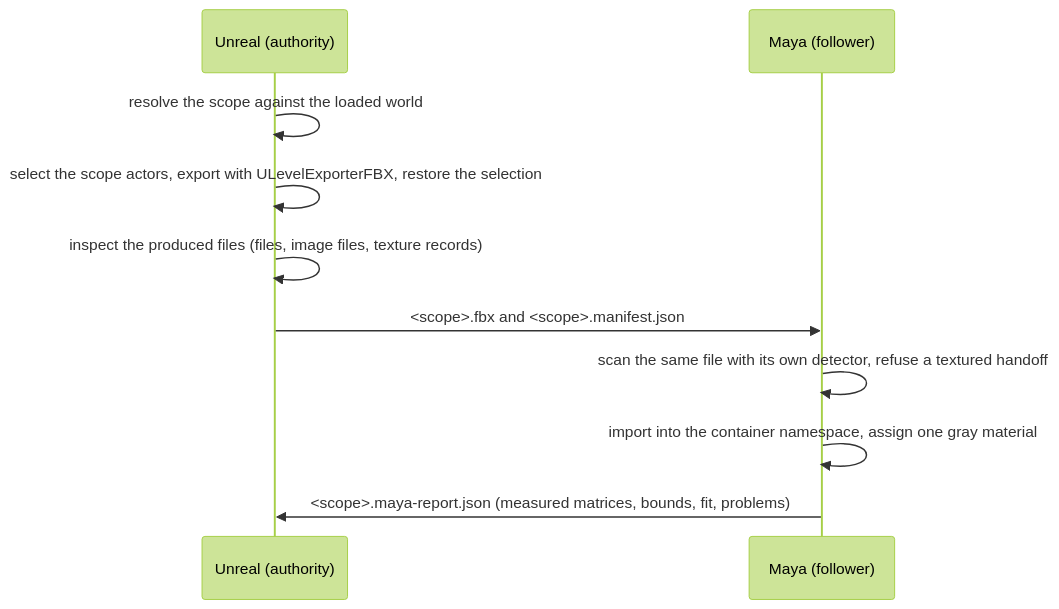
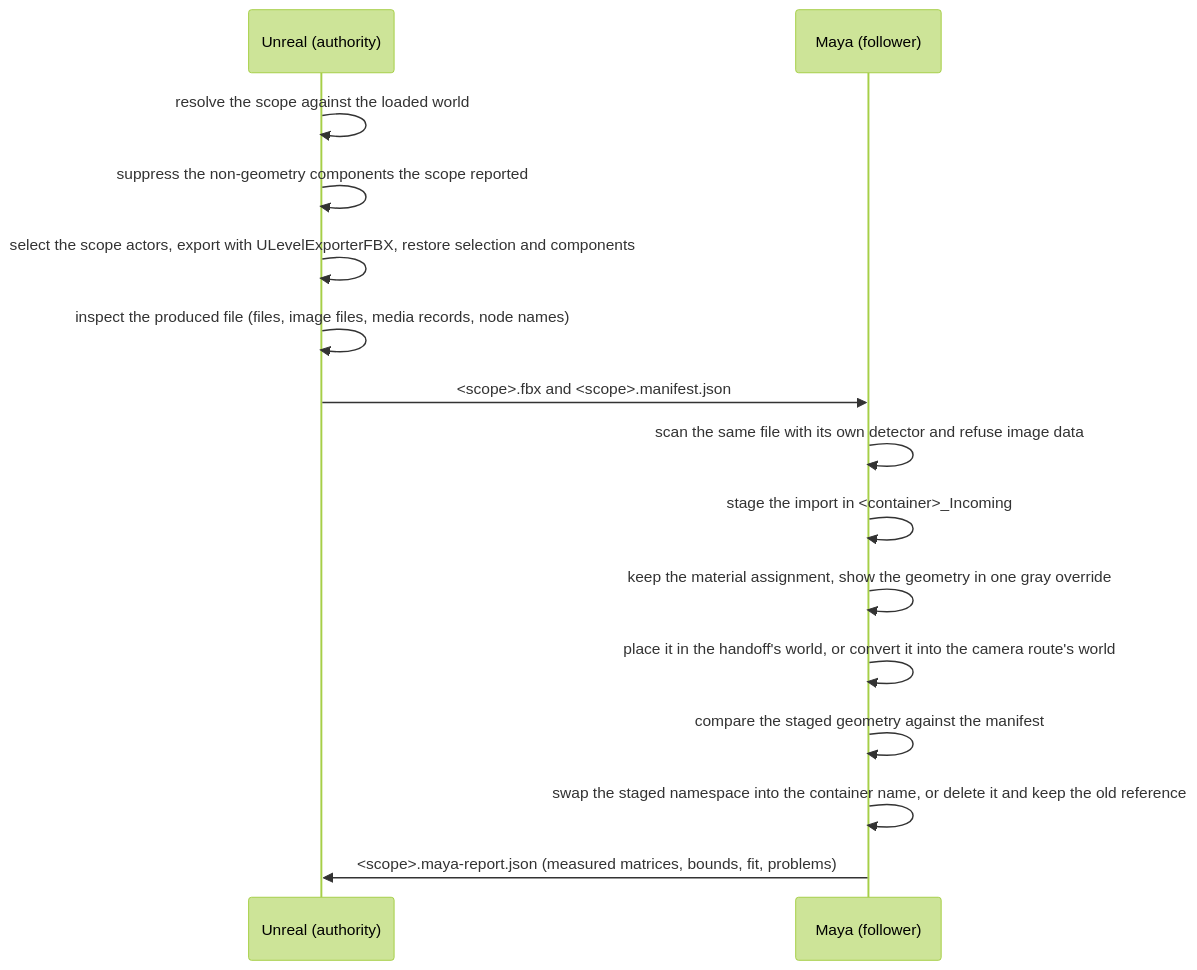
Before and after one commit to Alexis-Li/Alexis_Script_Plugin_Package: the diagram in composite/MtoULiveLink/prototypes/scene-reference/README.md, drawn with Mermaid (forest theme). The commit also changed other lines of this file and 23 other files, not shown here.

````diff
--- a/composite/MtoULiveLink/prototypes/scene-reference/README.md
+++ b/composite/MtoULiveLink/prototypes/scene-reference/README.md
@@ -25,12 +28,17 @@
 ```mermaid
 sequenceDiagram
     participant UE as Unreal (authority)
     participant MA as Maya (follower)
     UE->>UE: resolve the scope against the loaded world
-    UE->>UE: select the scope actors, export with ULevelExporterFBX, restore the selection
-    UE->>UE: inspect the produced files (files, image files, texture records)
+    UE->>UE: suppress the non-geometry components the scope reported
+    UE->>UE: select the scope actors, export with ULevelExporterFBX, restore selection and components
+    UE->>UE: inspect the produced file (files, image files, media records, node names)
     UE->>MA: <scope>.fbx and <scope>.manifest.json
-    MA->>MA: scan the same file with its own detector, refuse a textured handoff
-    MA->>MA: import into the container namespace, assign one gray material
+    MA->>MA: scan the same file with its own detector and refuse image data
+    MA->>MA: stage the import in <container>_Incoming
+    MA->>MA: keep the material assignment, show the geometry in one gray override
+    MA->>MA: place it in the handoff's world, or convert it into the camera route's world
+    MA->>MA: compare the staged geometry against the manifest
+    MA->>MA: swap the staged namespace into the container name, or delete it and keep the old reference
     MA->>UE: <scope>.maya-report.json (measured matrices, bounds, fit, problems)
 ```
````
